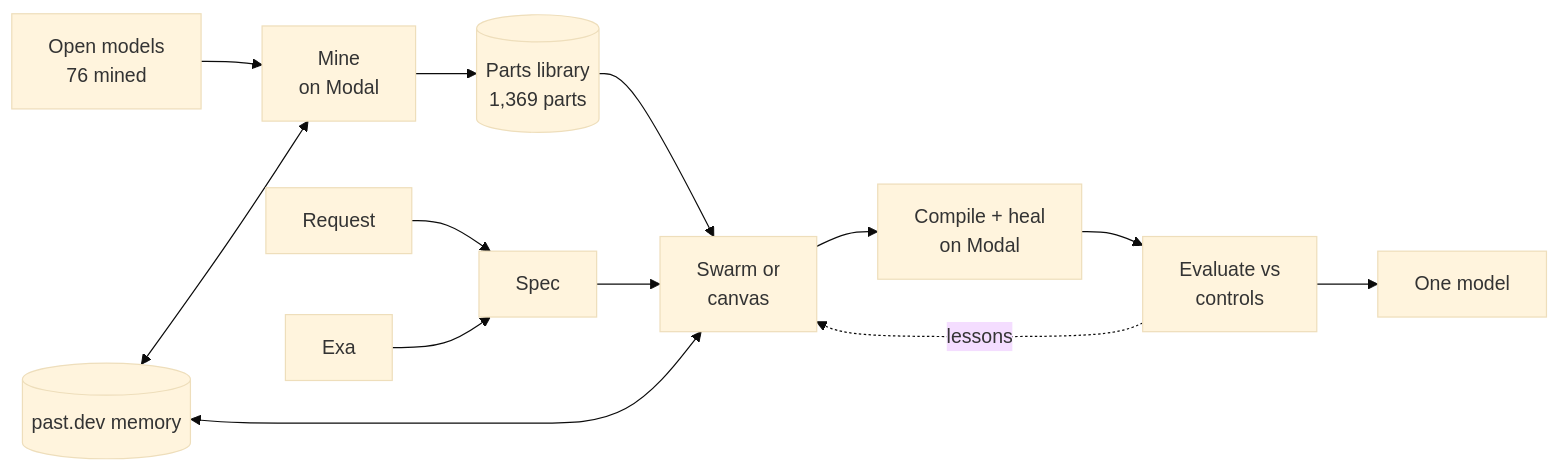
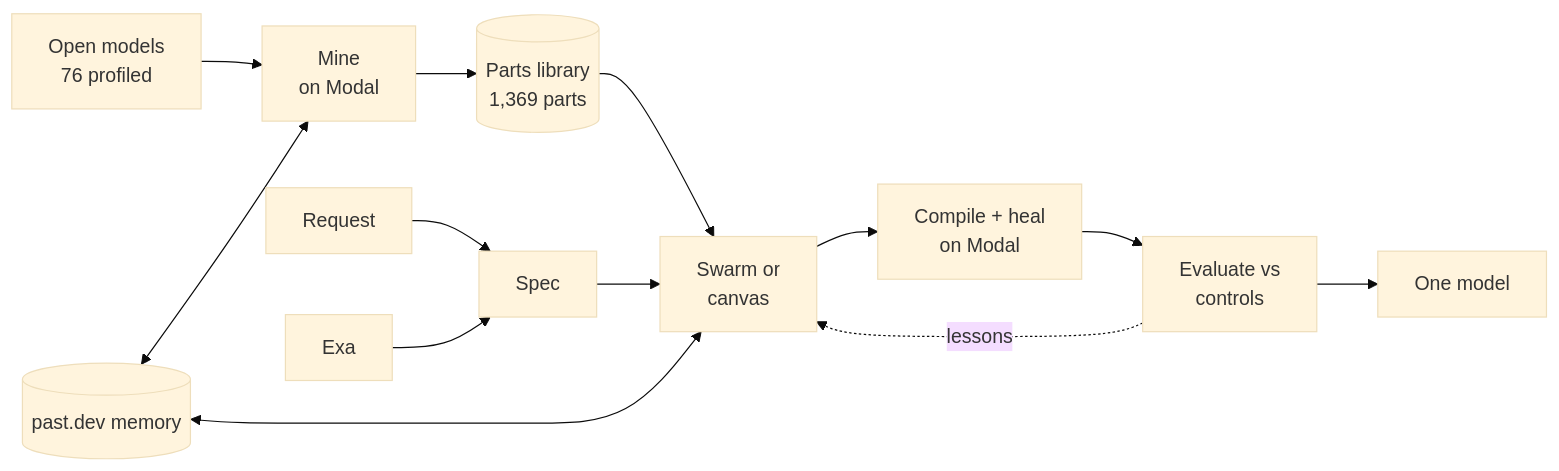
One commit to trisanths/wsp changed the diagram in README.md. Above: the diagram before and after it, drawn with Mermaid (base theme). The commit also changed other lines of this file, not shown here.

````diff
--- a/README.md
+++ b/README.md
@@ -62,15 +63,15 @@
 ```mermaid
 flowchart LR
-    HF["Open models<br/>76 mined"] --> MINE["Mine<br/>on Modal"]
+    HF["Open models<br/>76 profiled"] --> MINE["Mine<br/>on Modal"]
     MINE --> LIB[("Parts library<br/>1,369 parts")]
     LIB --> BUILD["Swarm or<br/>canvas"]
     REQ["Request"] --> SPEC["Spec"]
     SPEC --> BUILD
     BUILD --> COMP["Compile + heal<br/>on Modal"]
     COMP --> EVAL["Evaluate vs<br/>controls"]
     EVAL --> OUT["One model"]
     EVAL -. lessons .-> BUILD
     EXA["Exa"] --> SPEC
     MEM[("past.dev memory")] <--> MINE
     MEM <--> BUILD
 ```
````
